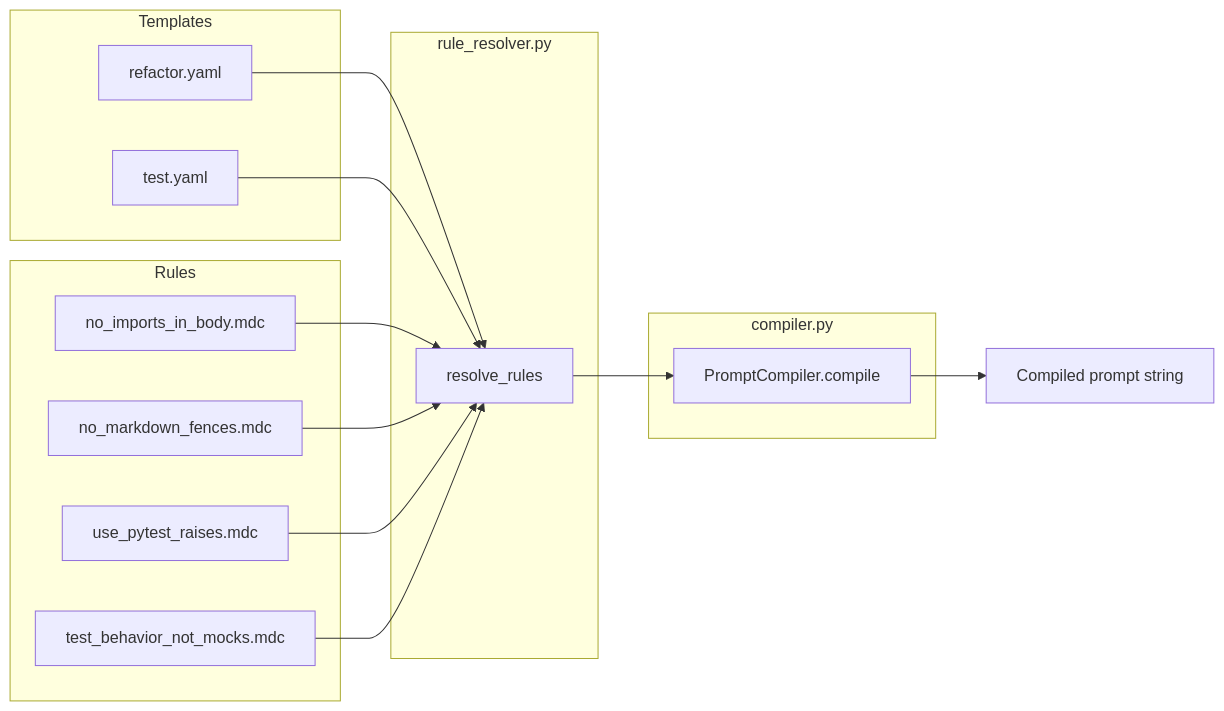
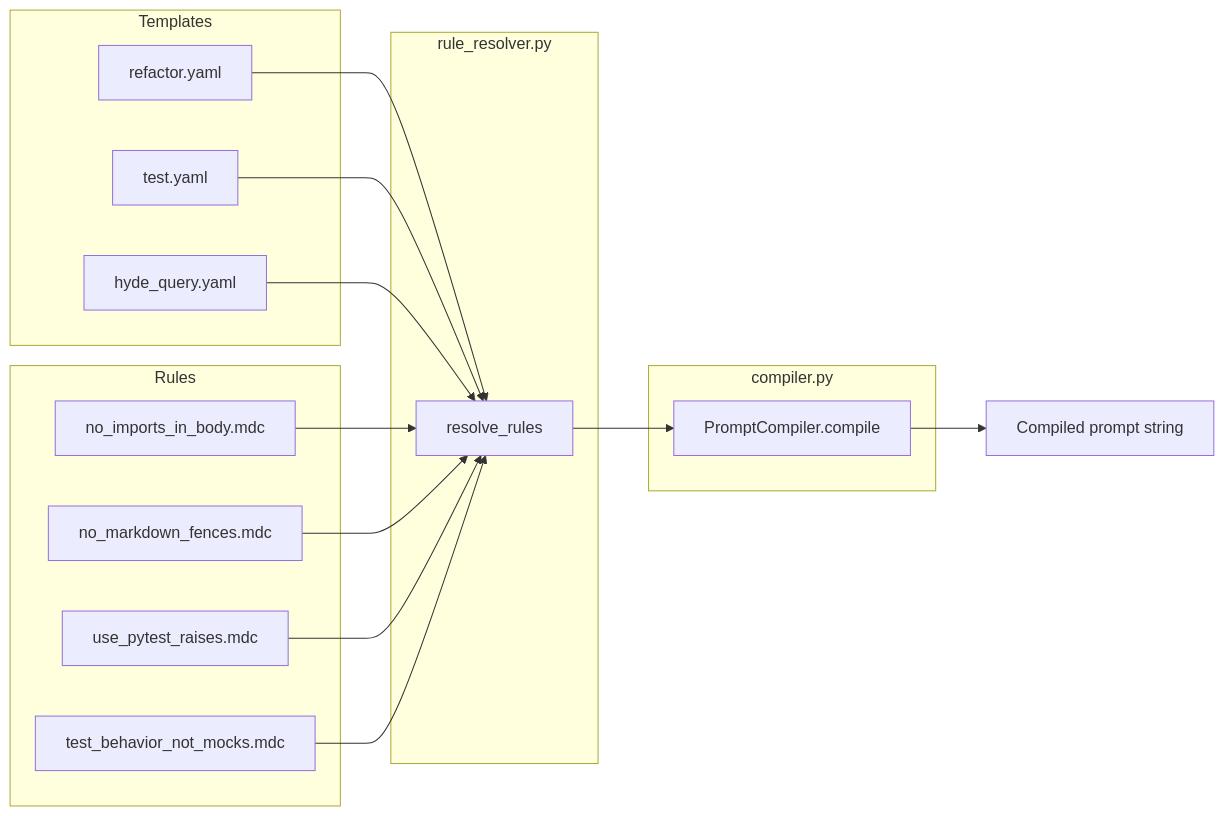
Before and after one commit to solvire/orka: the fourth of 6 diagrams in docs/ARCHITECTURE.md, drawn with Mermaid. The commit also changed other lines of this file and 2 other files, not shown here.

````diff
--- a/docs/ARCHITECTURE.md
+++ b/docs/ARCHITECTURE.md
@@ -120,27 +194,29 @@
 ```mermaid
 flowchart LR
     subgraph Templates
         T1[refactor.yaml]
         T2[test.yaml]
+        T3[hyde_query.yaml]
     end
     subgraph Rules
         R1[no_imports_in_body.mdc]
         R2[no_markdown_fences.mdc]
         R3[use_pytest_raises.mdc]
         R4[test_behavior_not_mocks.mdc]
     end
     subgraph Resolver[rule_resolver.py]
         Res[resolve_rules]
     end
     subgraph Compiler[compiler.py]
         C[PromptCompiler.compile]
     end
     T1 --> Res
     T2 --> Res
+    T3 --> Res
     R1 --> Res
     R2 --> Res
     R3 --> Res
     R4 --> Res
     Res --> C
     C --> Output[Compiled prompt string]
 ```
````
